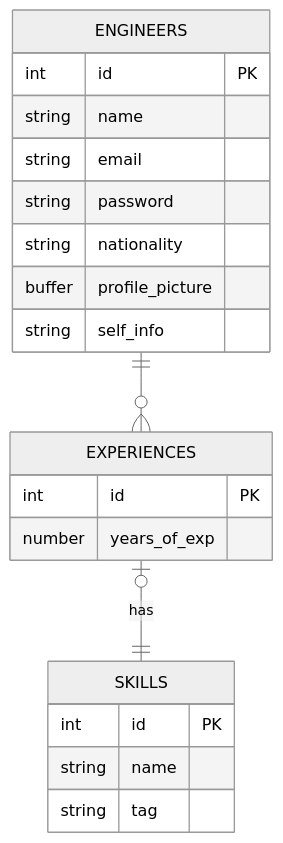
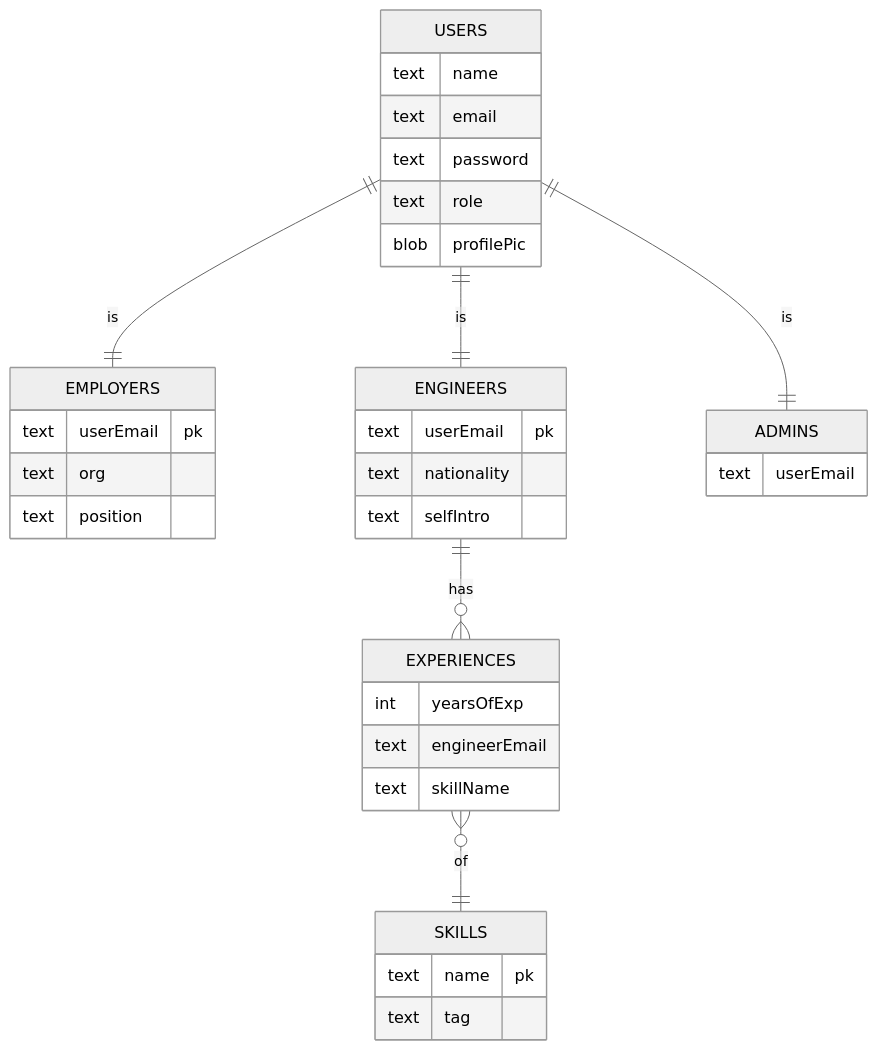
One commit to Oungseik/engineers-management changed the diagram in docs/ERDs.md. Above: the diagram before and after it, drawn with Mermaid (neutral theme). The commit also changed other lines of this file, not shown here.

Commit message:
chore: update ERD

````diff
--- a/docs/ERDs.md
+++ b/docs/ERDs.md
@@ -5,30 +1,45 @@
 ```mermaid
 erDiagram
 
-    ENGINEERS || -- o{ EXPERIENCES : ""
-    EXPERIENCES |o -- || SKILLS : "has"
+USERS       || -- ||    EMPLOYERS : is
+USERS       || -- ||    ENGINEERS : is
+USERS       || -- ||    ADMINS : is
+ENGINEERS   || -- o{    EXPERIENCES : has
+EXPERIENCES }o -- || SKILLS     : of
 
 
-    ENGINEERS {
-        int     id              PK
-        string  name
-        string  email
-        string  password
-        string  nationality
-        buffer  profile_picture
-        string  self_info
-    }
+USERS {
+    text        name
+    text        email
+    text        password
+    text        role
+    blob        profilePic
+}
 
-    SKILLS {
-        int     id              PK
-        string  name
-        string  tag
-    }
+EMPLOYERS {
+    text    userEmail   pk
+    text    org
+    text    position
+}
 
-    EXPERIENCES {
-        int     id              PK
-        number  years_of_exp
+ENGINEERS {
+    text    userEmail   pk
+    text    nationality
+    text    selfIntro
+}
 
-    }
+ADMINS {
+    text userEmail
+}
 
+SKILLS {
+    text    name    pk
+    text    tag     
+}
+
+EXPERIENCES {
+    int     yearsOfExp
+    text    engineerEmail
+    text    skillName
+}
 ```
````
